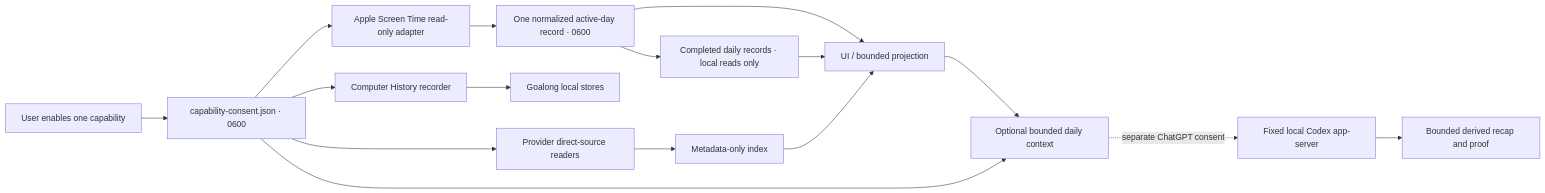
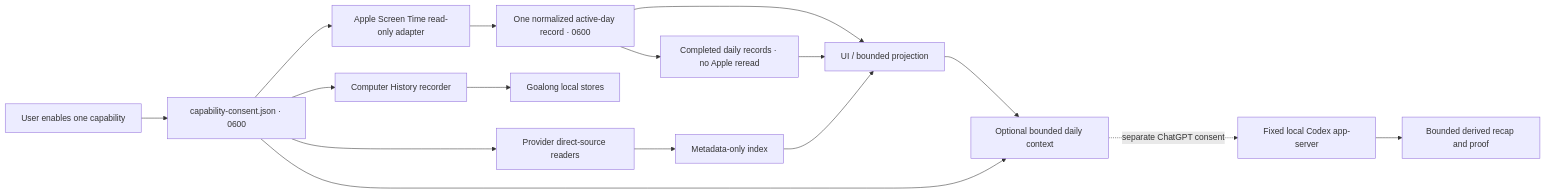
The first of 2 diagrams in docs/DATA-FLOW.md (blancmathis/goalong-history), drawn with Mermaid before and after one commit. The commit also changed other lines of this file and 31 other files, not shown here.

````diff
--- a/docs/DATA-FLOW.md
+++ b/docs/DATA-FLOW.md
@@ -8,18 +8,18 @@
 ```mermaid
 flowchart LR
   user["User enables one capability"] --> consent["capability-consent.json · 0600"]
   consent --> capture["Computer History recorder"]
   consent --> screen["Apple Screen Time read-only adapter"]
   consent --> agents["Provider direct-source readers"]
   capture --> local["Goalong local stores"]
   screen --> active["One normalized active-day record · 0600"]
-  active --> closed["Completed daily records · local reads only"]
+  active --> closed["Completed daily records · no Apple reread"]
   active --> view["UI / bounded projection"]
   closed --> view
   agents --> index["Metadata-only index"]
   index --> view
   view --> optional["Optional bounded daily context"]
   consent --> optional
   optional -. "separate ChatGPT consent" .-> codex["Fixed local Codex app-server"]
   codex --> recap["Bounded derived recap and proof"]
 ```
````
